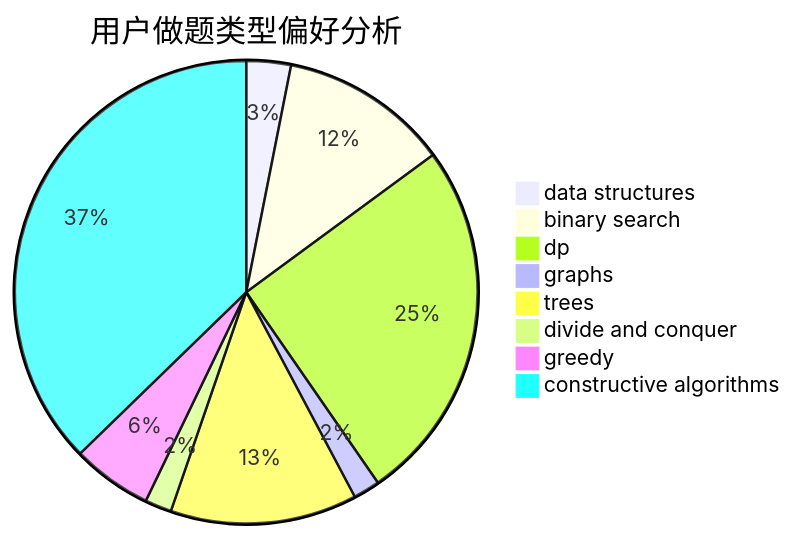
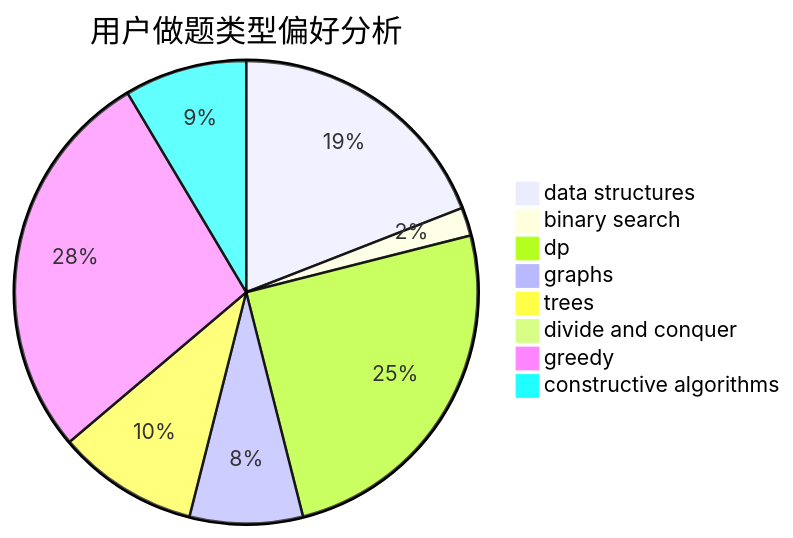
The second of 3 diagrams in docs/user/u2752.md (sherpahu/cfrs.github.io), drawn with Mermaid before and after one commit. The commit also changed other lines of this file and 2770 other files, not shown here.

````diff
--- a/docs/user/u2752.md
+++ b/docs/user/u2752.md
@@ -23,11 +23,11 @@
 ```mermaid
 pie title 用户做题类型偏好分析
-    "data structures" :  5
-    "binary search" :  19
-    "dp" :  41
-    "graphs" :  3
-    "trees" :  21
-    "divide and conquer" :  3
-    "greedy" :  9
-    "constructive algorithms" :  60
+    "data structures" :  29
+    "binary search" :  3
+    "dp" :  38
+    "graphs" :  12
+    "trees" :  15
+    "divide and conquer" :  0
+    "greedy" :  42
+    "constructive algorithms" :  13
 ```
````
